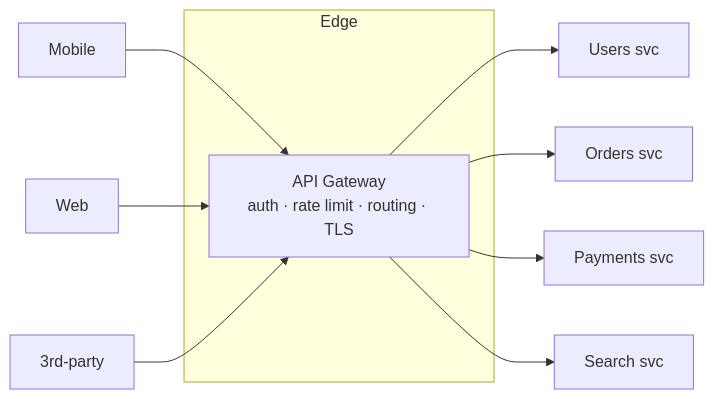
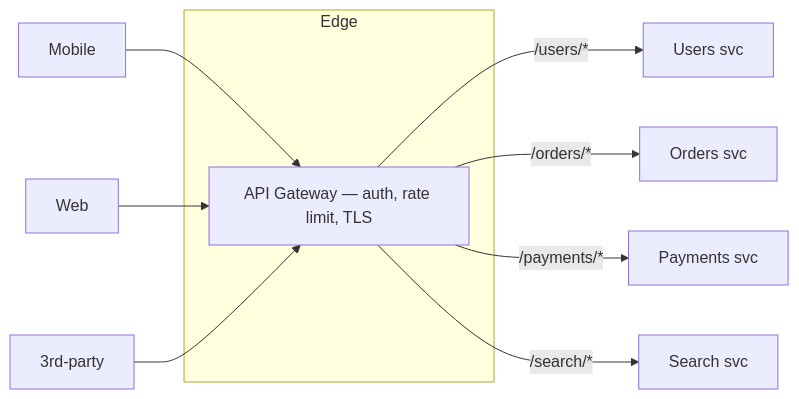
One commit to mohammad-mriesh-job/cortex changed the first of 2 diagrams in src/modules/system-design/content/05-communication/05-api-gateway.md. Above: the diagram before and after it, drawn with Mermaid. The commit also changed 257 other files, not shown here.

````diff
--- a/src/modules/system-design/content/05-communication/05-api-gateway.md
+++ b/src/modules/system-design/content/05-communication/05-api-gateway.md
@@ -17,13 +17,13 @@
 ```mermaid
 flowchart LR
   M[Mobile] --> G
   W[Web] --> G
   T[3rd-party] --> G
   subgraph Edge
-    G[API Gateway<br/>auth · rate limit · routing · TLS]
+    G["API Gateway — auth, rate limit, TLS"]
   end
-  G --> S1[Users svc]
-  G --> S2[Orders svc]
-  G --> S3[Payments svc]
-  G --> S4[Search svc]
+  G -->|"/users/*"| S1[Users svc]
+  G -->|"/orders/*"| S2[Orders svc]
+  G -->|"/payments/*"| S3[Payments svc]
+  G -->|"/search/*"| S4[Search svc]
 ```
````
